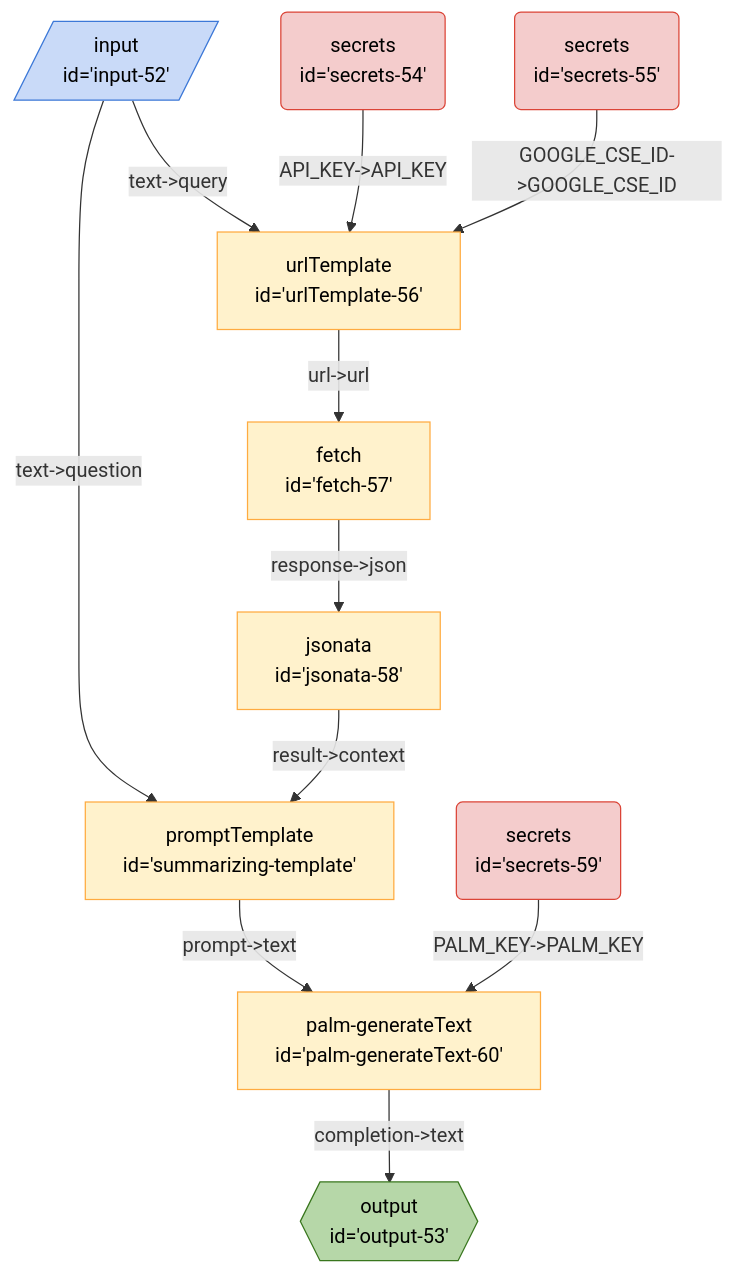
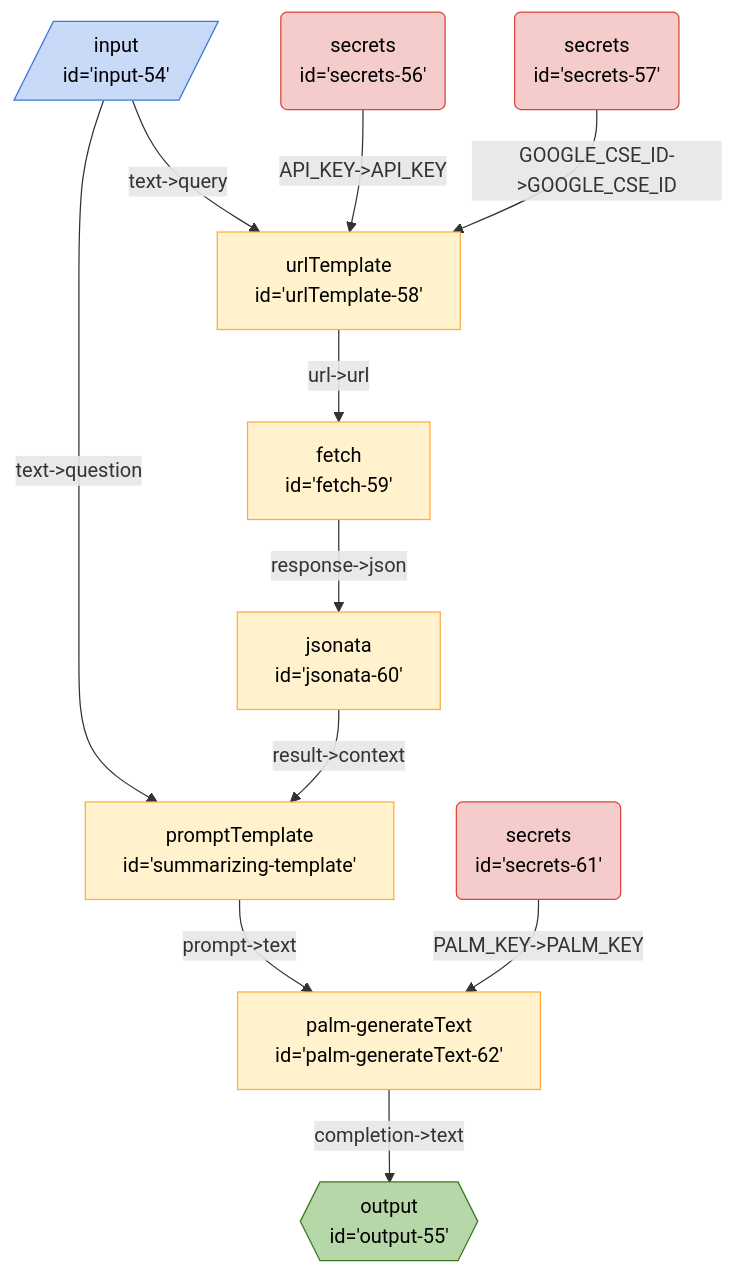
Before and after one commit to breadboard-ai/breadboard: the diagram in seeds/breadboard-web/docs/graphs/new/search-summarize-as-action.md, drawn with Mermaid. The commit also changed 17 other files, not shown here.

````diff
--- a/seeds/breadboard-web/docs/graphs/new/search-summarize-as-action.md
+++ b/seeds/breadboard-web/docs/graphs/new/search-summarize-as-action.md
@@ -3,22 +3,22 @@
 ```mermaid
 %%{init: 'themeVariables': { 'fontFamily': 'Fira Code, monospace' }}%%
 graph TD;
-palmgenerateText60["palm-generateText <br> id='palm-generateText-60'"] -- "completion->text" --> output53{{"output <br> id='output-53'"}}:::output
-summarizingtemplate["promptTemplate <br> id='summarizing-template'"] -- "prompt->text" --> palmgenerateText60["palm-generateText <br> id='palm-generateText-60'"]
-secrets59("secrets <br> id='secrets-59'"):::secrets -- "PALM_KEY->PALM_KEY" --> palmgenerateText60["palm-generateText <br> id='palm-generateText-60'"]
-input52[/"input <br> id='input-52'"/]:::input -- "text->query" --> urlTemplate56["urlTemplate <br> id='urlTemplate-56'"]
-input52[/"input <br> id='input-52'"/]:::input -- "text->question" --> summarizingtemplate["promptTemplate <br> id='summarizing-template'"]
-jsonata58["jsonata <br> id='jsonata-58'"] -- "result->context" --> summarizingtemplate["promptTemplate <br> id='summarizing-template'"]
-urlTemplate56["urlTemplate <br> id='urlTemplate-56'"] -- "url->url" --> fetch57["fetch <br> id='fetch-57'"]
-fetch57["fetch <br> id='fetch-57'"] -- "response->json" --> jsonata58["jsonata <br> id='jsonata-58'"]
-secrets54("secrets <br> id='secrets-54'"):::secrets -- "API_KEY->API_KEY" --> urlTemplate56["urlTemplate <br> id='urlTemplate-56'"]
-secrets55("secrets <br> id='secrets-55'"):::secrets -- "GOOGLE_CSE_ID->GOOGLE_CSE_ID" --> urlTemplate56["urlTemplate <br> id='urlTemplate-56'"]
+palmgenerateText62["palm-generateText <br> id='palm-generateText-62'"] -- "completion->text" --> output55{{"output <br> id='output-55'"}}:::output
+summarizingtemplate["promptTemplate <br> id='summarizing-template'"] -- "prompt->text" --> palmgenerateText62["palm-generateText <br> id='palm-generateText-62'"]
+secrets61("secrets <br> id='secrets-61'"):::secrets -- "PALM_KEY->PALM_KEY" --> palmgenerateText62["palm-generateText <br> id='palm-generateText-62'"]
+input54[/"input <br> id='input-54'"/]:::input -- "text->query" --> urlTemplate58["urlTemplate <br> id='urlTemplate-58'"]
+input54[/"input <br> id='input-54'"/]:::input -- "text->question" --> summarizingtemplate["promptTemplate <br> id='summarizing-template'"]
+jsonata60["jsonata <br> id='jsonata-60'"] -- "result->context" --> summarizingtemplate["promptTemplate <br> id='summarizing-template'"]
+urlTemplate58["urlTemplate <br> id='urlTemplate-58'"] -- "url->url" --> fetch59["fetch <br> id='fetch-59'"]
+fetch59["fetch <br> id='fetch-59'"] -- "response->json" --> jsonata60["jsonata <br> id='jsonata-60'"]
+secrets56("secrets <br> id='secrets-56'"):::secrets -- "API_KEY->API_KEY" --> urlTemplate58["urlTemplate <br> id='urlTemplate-58'"]
+secrets57("secrets <br> id='secrets-57'"):::secrets -- "GOOGLE_CSE_ID->GOOGLE_CSE_ID" --> urlTemplate58["urlTemplate <br> id='urlTemplate-58'"]
 classDef default stroke:#ffab40,fill:#fff2ccff,color:#000
 classDef input stroke:#3c78d8,fill:#c9daf8ff,color:#000
 classDef output stroke:#38761d,fill:#b6d7a8ff,color:#000
 classDef passthrough stroke:#a64d79,fill:#ead1dcff,color:#000
 classDef slot stroke:#a64d79,fill:#ead1dcff,color:#000
 classDef config stroke:#a64d79,fill:#ead1dcff,color:#000
 classDef secrets stroke:#db4437,fill:#f4cccc,color:#000
 classDef slotted stroke:#a64d79
 ```
````
